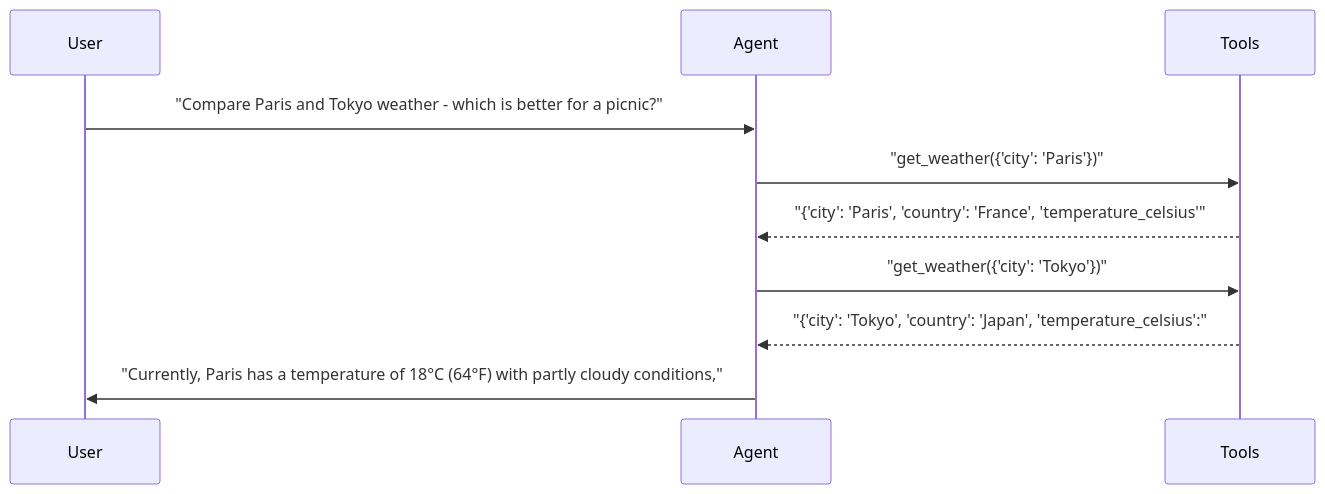
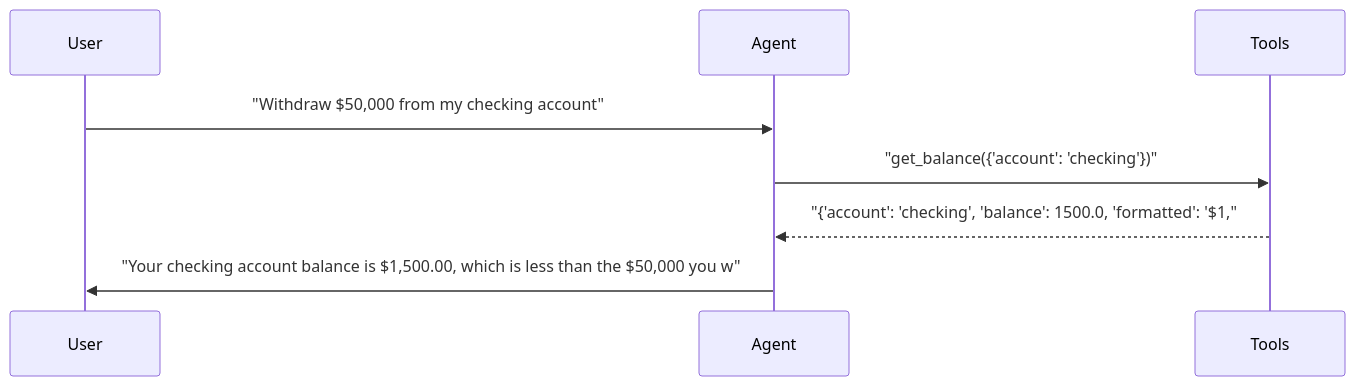
The sixth of 6 diagrams in docs/reports/02_multi_agent.md (sbroenne/pytest-aitest), drawn with Mermaid before and after one commit. The commit also changed other lines of this file and 132 other files, not shown here.

````diff
--- a/docs/reports/02_multi_agent.md
+++ b/docs/reports/02_multi_agent.md
@@ -320,13 +324,11 @@
 ```mermaid
 sequenceDiagram
     participant User
     participant Agent
     participant Tools
 
-    User->>Agent: "Compare Paris and Tokyo weather - which is better for a picnic?"
-    Agent->>Tools: "get_weather({'city': 'Paris'})"
-    Tools-->>Agent: "{'city': 'Paris', 'country': 'France', 'temperature_celsius'"
-    Agent->>Tools: "get_weather({'city': 'Tokyo'})"
-    Tools-->>Agent: "{'city': 'Tokyo', 'country': 'Japan', 'temperature_celsius':"
-    Agent->>User: "Currently, Paris has a temperature of 18°C (64°F) with partly cloudy conditions,"
+    User->>Agent: "Withdraw $50,000 from my checking account"
+    Agent->>Tools: "get_balance({'account': 'checking'})"
+    Tools-->>Agent: "{'account': 'checking', 'balance': 1500.0, 'formatted': '$1,"
+    Agent->>User: "Your checking account balance is $1,500.00, which is less than the $50,000 you w"
 ```
````
